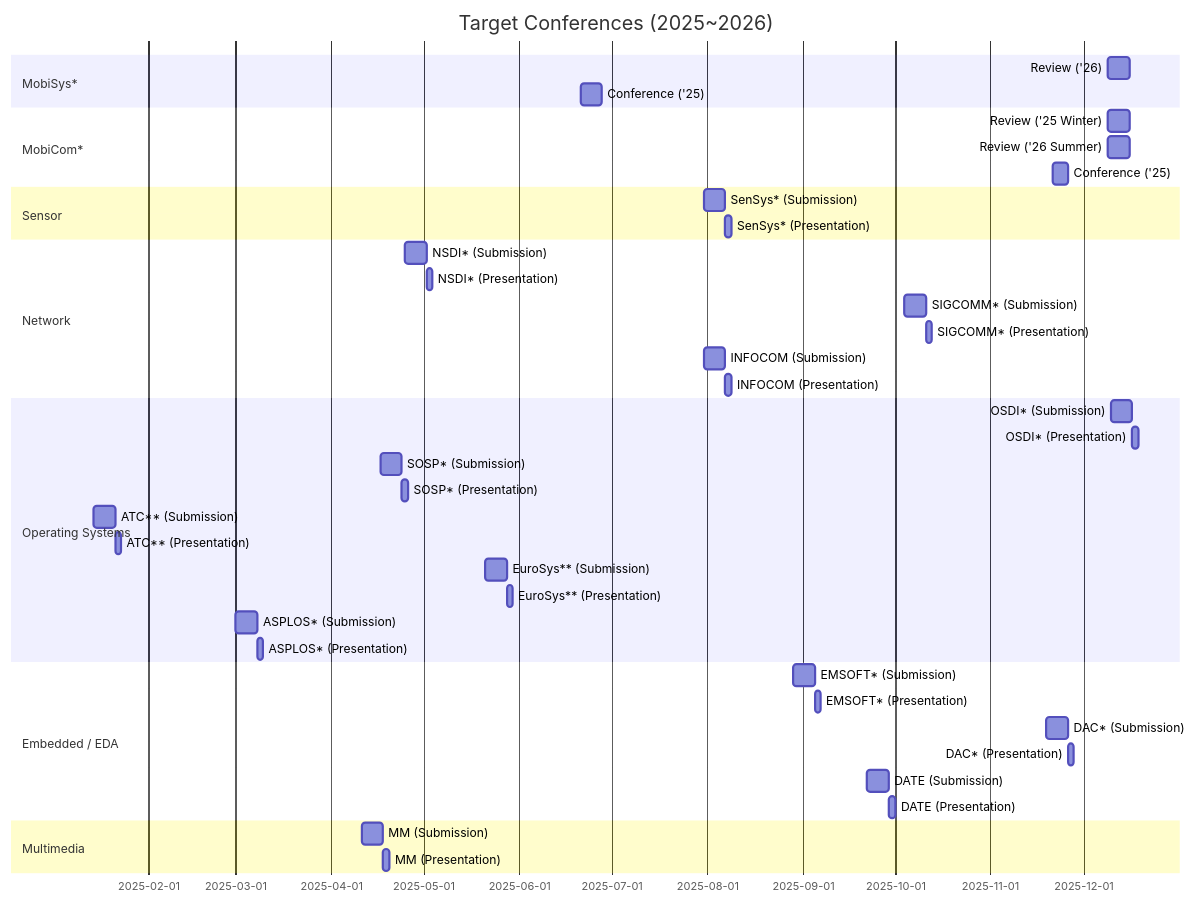
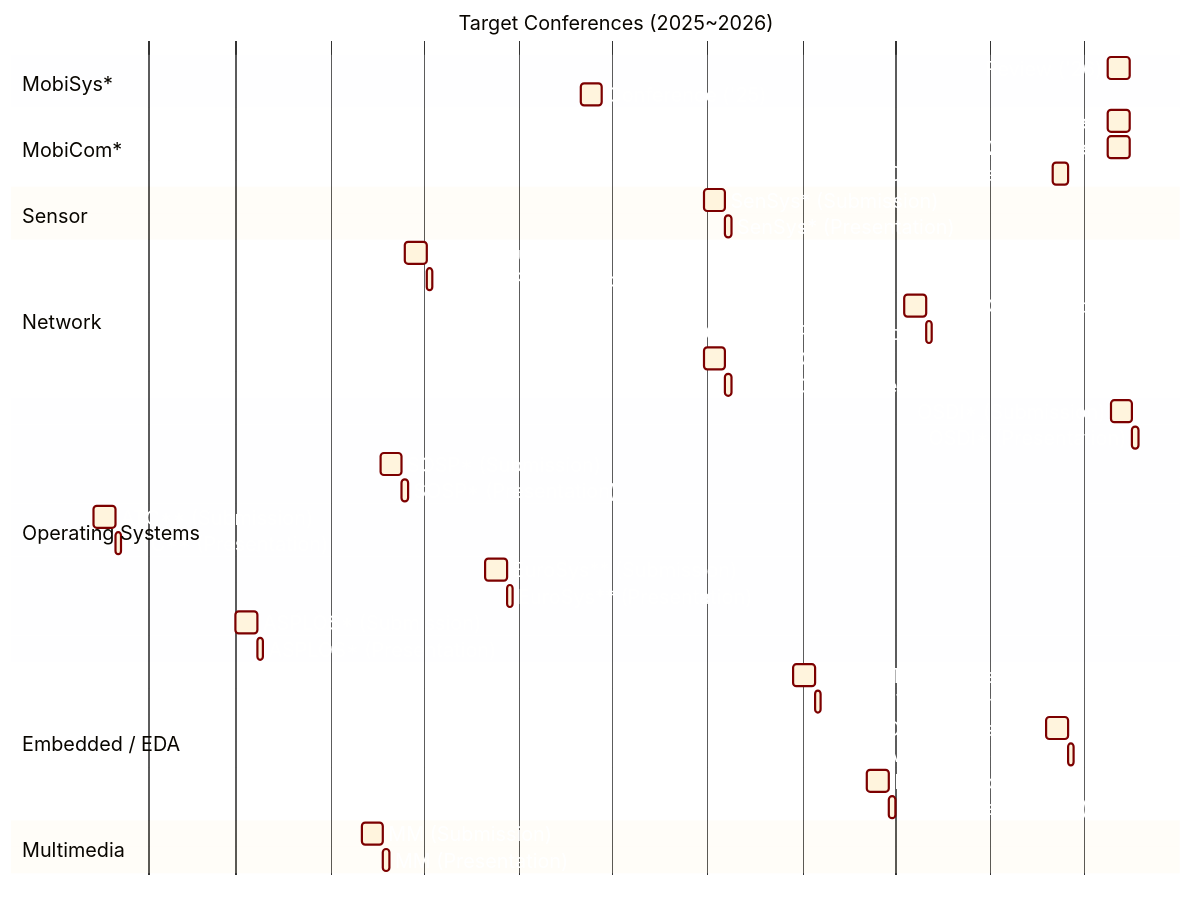
Before and after one commit to iamseonghoon/Mobile-Systems-Conference-Timelines: the diagram in README.md, drawn with Mermaid.

````diff
--- a/README.md
+++ b/README.md
@@ -5,81 +5,81 @@
 ```mermaid
 %%{init: {'theme': 'base',
 'themeVariables': {
       'fontSize': '18px',
       'primaryTextColor': '#fff',
       'primaryBorderColor': '#7C0000',
       'lineColor': '#F8B229',
-      'secondaryColor': '#006100',},
+      'secondaryColor': '#006100'},
 "gantt": {
       "fontSize": 18,
       "sectionFontSize": 18,
       "axisFontSize": 20 
   }}}%%
 gantt
     dateFormat  YYYY-MM-DD
     title Target Conferences (2025~2026)
 
     %% --------------------------
     %% Mobile
     %% --------------------------
     section MobiSys*
     Review ('26)        :mobisys-review,    2025-12-09, 7d
     Conference ('25)      :mobisys-conf,    2025-06-21, 7d
     
 
     section MobiCom*
     Review ('25 Winter)       :mobicom-review1,    2025-12-09, 7d
     Review ('26 Summer)       :mobicom-review2,    2025-12-09, 7d
     Conference ('25)          :mobicom-conf,    2025-11-21, 5d
 
     %% --------------------------
     %% Sensor
     %% --------------------------
     section Sensor
     SenSys* (Submission)        :sens-sub,  2025-07-31, 7d
     SenSys* (Presentation)      :sens-pres, after sens-sub, 2d
 
     %% --------------------------
     %% Network
     %% --------------------------
     section Network
     NSDI* (Submission)          :nsdi-sub,  2025-04-25, 7d
     NSDI* (Presentation)        :nsdi-pres, after nsdi-sub, 2d
     SIGCOMM* (Submission)       :sig-sub,   2025-10-04, 7d
     SIGCOMM* (Presentation)     :sig-pres,  after sig-sub, 2d
     INFOCOM (Submission)        :info-sub,  2025-07-31, 7d
     INFOCOM (Presentation)      :info-pres, after info-sub, 2d
 
     %% --------------------------
     %% Operating Systems
     %% --------------------------
     section Operating Systems
     OSDI* (Submission)          :osdi-sub,  2025-12-10, 7d
     OSDI* (Presentation)        :osdi-pres, after osdi-sub, 2d
     SOSP* (Submission)          :sosp-sub,  2025-04-17, 7d
     SOSP* (Presentation)        :sosp-pres, after sosp-sub, 2d
     ATC** (Submission)          :atc-sub,   2025-01-14, 7d
     ATC** (Presentation)        :atc-pres,  after atc-sub, 2d
     EuroSys** (Submission)      :euros-sub, 2025-05-21, 7d
     EuroSys** (Presentation)    :euros-pres,after euros-sub, 2d
     ASPLOS* (Submission)        :aspl-sub,  2025-03-01, 7d
     ASPLOS* (Presentation)      :aspl-pres, after aspl-sub, 2d
 
     %% --------------------------
     %% Embedded / EDA
     %% --------------------------
     section Embedded / EDA
     EMSOFT* (Submission)        :ems-sub,   2025-08-29, 7d
     EMSOFT* (Presentation)      :ems-pres,  after ems-sub, 2d
     DAC* (Submission)           :dac-sub,   2025-11-19, 7d
     DAC* (Presentation)         :dac-pres,  after dac-sub, 2d
     DATE (Submission)           :date-sub,  2025-09-22, 7d
     DATE (Presentation)         :date-pres, after date-sub, 2d
 
     %% --------------------------
     %% Multimedia
     %% --------------------------
     section Multimedia
     MM (Submission)             :mm-sub,    2025-04-11, 7d
     MM (Presentation)           :mm-pres,   after mm-sub, 2d
 ```
````
